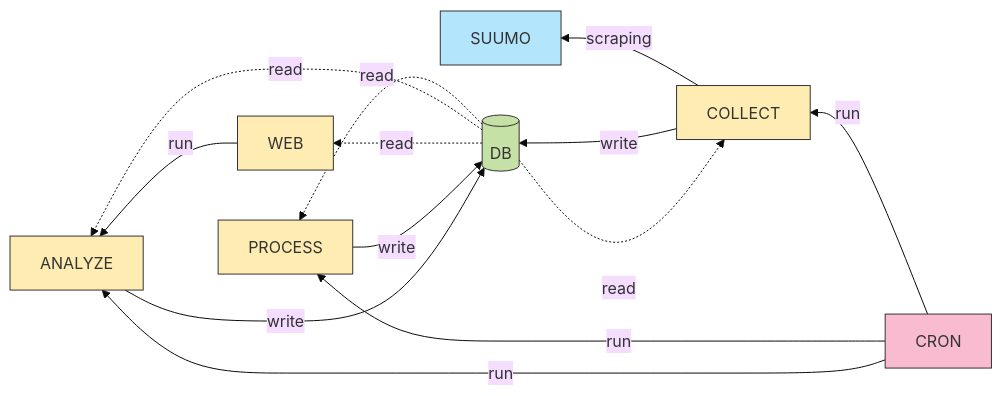
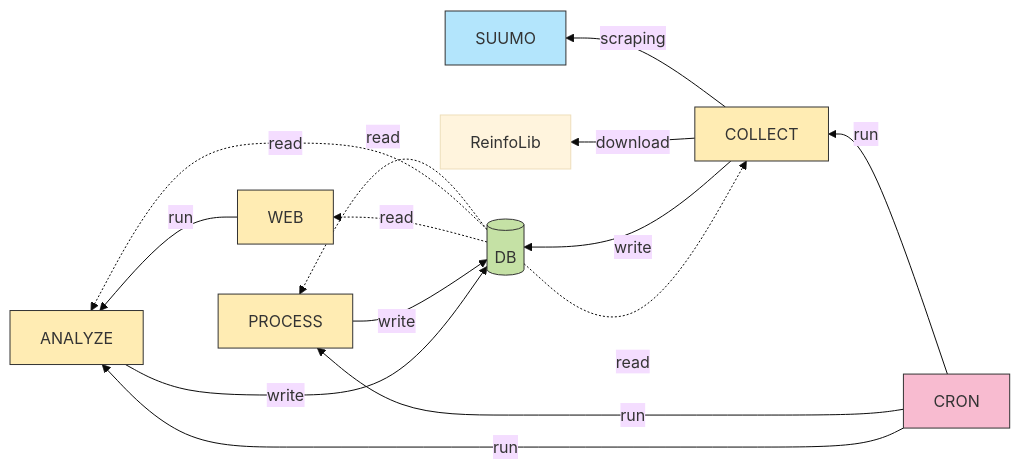
The diagram in README.md (kazukingh01/kkestate), drawn with Mermaid (base theme) before and after one commit. The commit also changed other lines of this file and 6 other files, not shown here.

````diff
--- a/README.md
+++ b/README.md
@@ -9,41 +9,43 @@
 ```mermaid
 flowchart RL
     %% nodes
     CRON[CRON]
     SUUMO[SUUMO]
+    ReinfoLib[ReinfoLib]
     DB[(DB)]
     COLLECT[COLLECT]
     PROCESS[PROCESS]
     ANALYZE[ANALYZE]
     WEB[WEB]
 
     %% edges (directions unchanged)
     CRON -->|run| COLLECT
     CRON -->|run| PROCESS
     CRON -->|run| ANALYZE
 
     COLLECT -->|scraping| SUUMO
+    COLLECT -->|download| ReinfoLib
 
     COLLECT -->|write| DB
     DB -. read .-> COLLECT
 
     DB -. read .-> PROCESS
     PROCESS -->|write| DB
 
     DB -. read .-> ANALYZE
     ANALYZE -->|write| DB
 
     DB -. read .-> WEB
     WEB -->|run| ANALYZE
 
     %% color definitions
     classDef app    fill:#FFECB3,stroke:#333,stroke-width:1px;
     classDef store  fill:#C5E1A5,stroke:#333,stroke-width:1px;
     classDef sched  fill:#F8BBD0,stroke:#333,stroke-width:1px;
     classDef source fill:#B3E5FC,stroke:#333,stroke-width:1px;
 
     class COLLECT,PROCESS,ANALYZE,WEB app
     class DB store
     class CRON sched
     class SUUMO source
 ```
````
